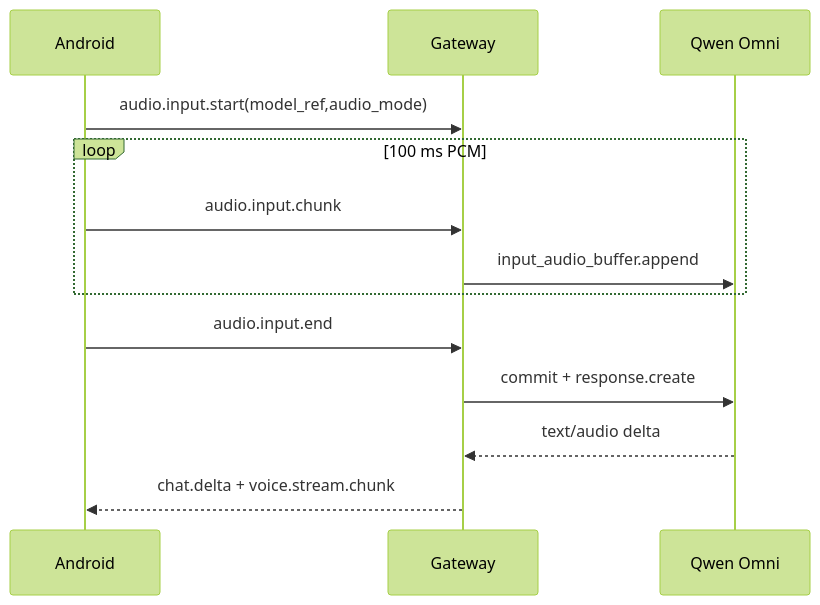
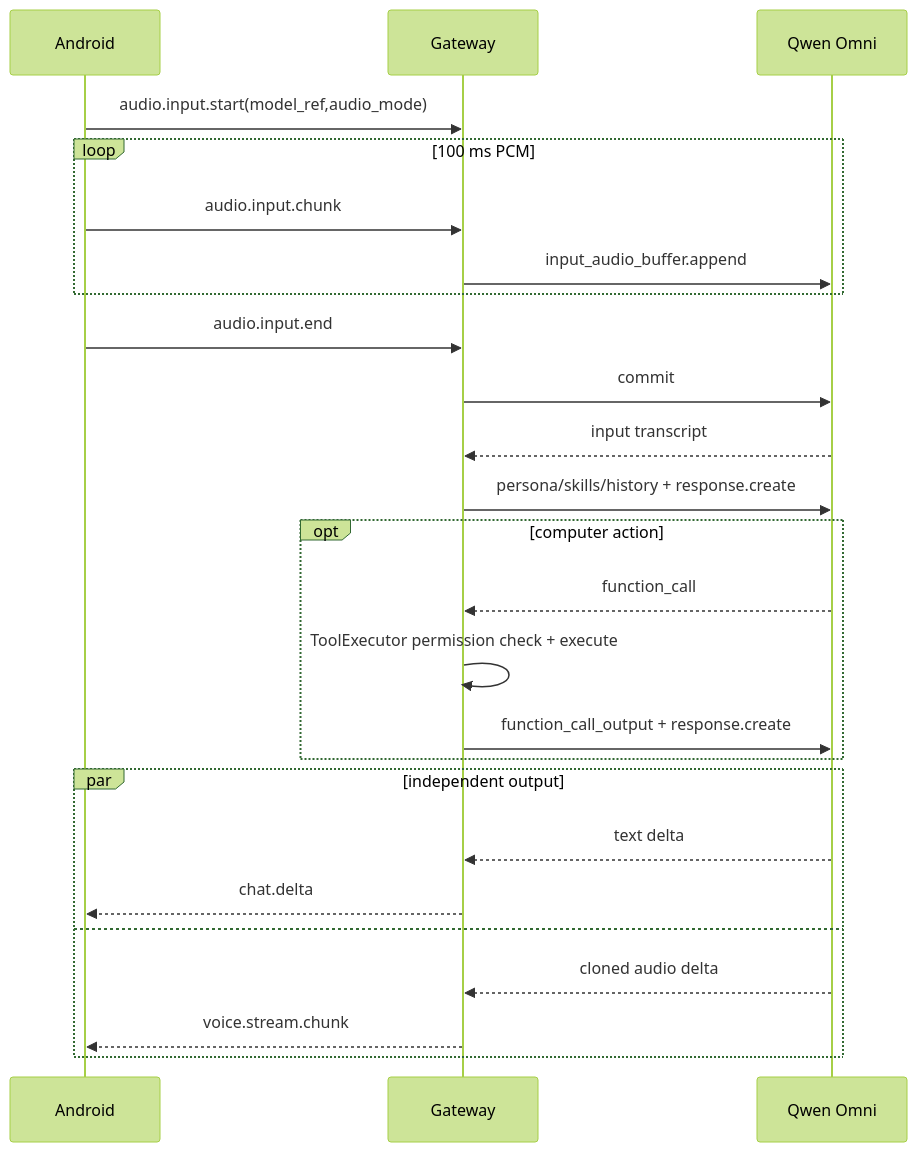
One commit to sdyzjx/open-yachiyo changed the diagram in docs/features/FEAT-voice-omni-audio.md. Above: the diagram before and after it, drawn with Mermaid (forest theme). The commit also changed other lines of this file and 11 other files, not shown here.

````diff
--- a/docs/features/FEAT-voice-omni-audio.md
+++ b/docs/features/FEAT-voice-omni-audio.md
@@ -19,15 +21,27 @@
 ```mermaid
 sequenceDiagram
   participant A as Android
   participant G as Gateway
   participant Q as Qwen Omni
   A->>G: audio.input.start(model_ref,audio_mode)
   loop 100 ms PCM
     A->>G: audio.input.chunk
     G->>Q: input_audio_buffer.append
   end
   A->>G: audio.input.end
-  G->>Q: commit + response.create
-  Q-->>G: text/audio delta
-  G-->>A: chat.delta + voice.stream.chunk
+  G->>Q: commit
+  Q-->>G: input transcript
+  G->>Q: persona/skills/history + response.create
+  opt computer action
+    Q-->>G: function_call
+    G->>G: ToolExecutor permission check + execute
+    G->>Q: function_call_output + response.create
+  end
+  par independent output
+    Q-->>G: text delta
+    G-->>A: chat.delta
+  and
+    Q-->>G: cloned audio delta
+    G-->>A: voice.stream.chunk
+  end
 ```
````
